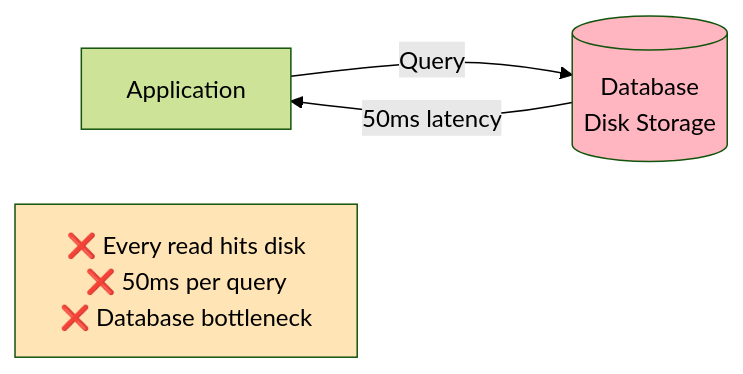
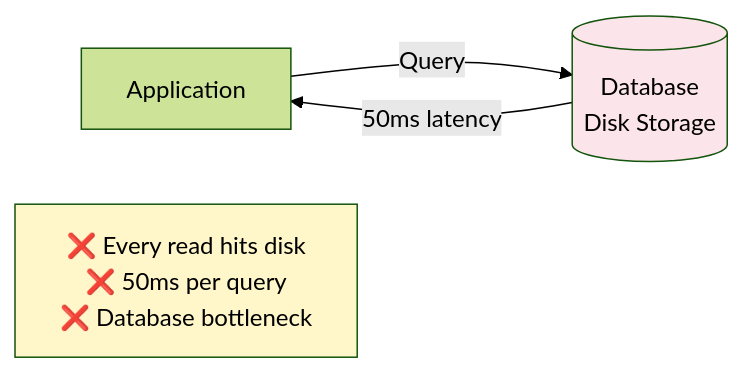
The first of 47 diagrams in LLD/CoreConcepts/Caching.md (cartmancodes/InterviewVault), drawn with Mermaid (forest theme) before and after one commit. The commit also changed other lines of this file and 679 other files, not shown here.

Commit message:
Unify content diagrams and add accessible visual walkthroughs

````diff
--- a/LLD/CoreConcepts/Caching.md
+++ b/LLD/CoreConcepts/Caching.md
@@ -20,13 +20,13 @@
 ```mermaid
 graph LR
     APP[Application]
     DB[(Database<br/>Disk Storage)]
     
     APP -->|Query| DB
     DB -->|50ms latency| APP
     
     NOTE[❌ Every read hits disk<br/>❌ 50ms per query<br/>❌ Database bottleneck]
     
-    style DB fill:#FFB6C1
-    style NOTE fill:#FFE4B5
+    style DB fill:#FCE5EA
+    style NOTE fill:#FFF6C9
 ```
````
